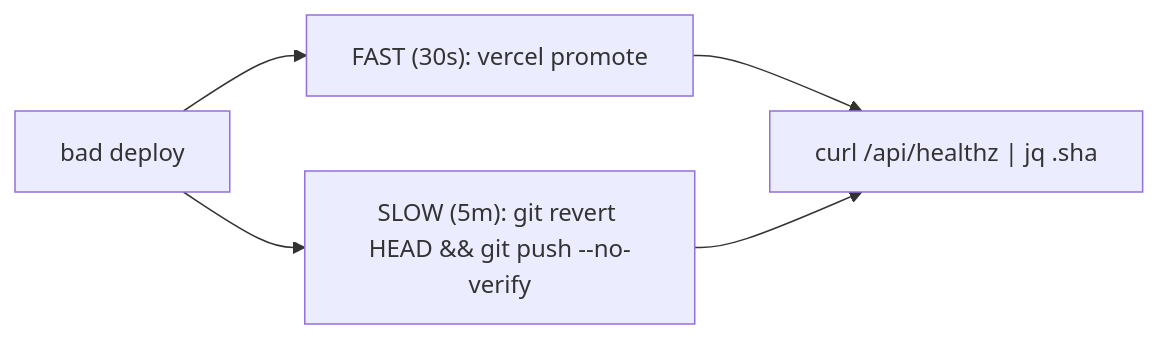
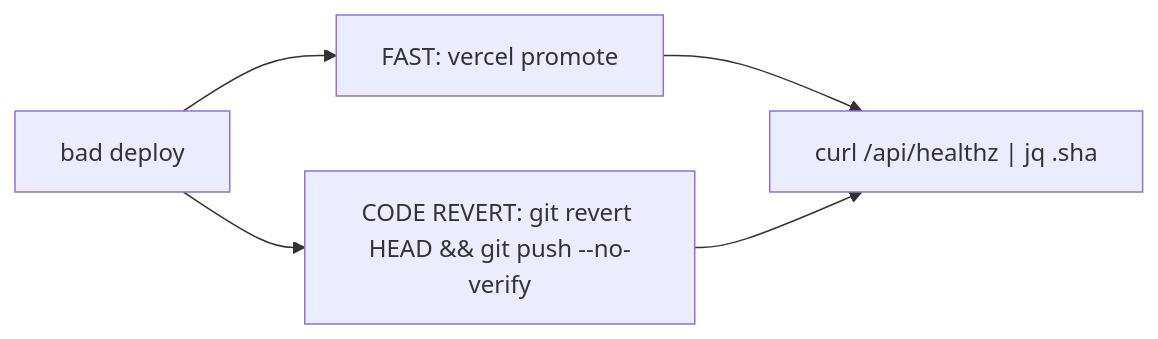
Before and after one commit to erikunha/portfolio: the second of 2 diagrams in docs/handbook/review-merge-release.md, drawn with Mermaid. The commit also changed other lines of this file and 1307 other files, not shown here.

````diff
--- a/docs/handbook/review-merge-release.md
+++ b/docs/handbook/review-merge-release.md
@@ -58,7 +66,7 @@
 ```mermaid
 flowchart LR
-    incident["bad deploy"] --> fast["FAST (30s): vercel promote <previous-url>"]
-    incident --> slow["SLOW (5m): git revert HEAD && git push --no-verify"]
+    incident["bad deploy"] --> fast["FAST: vercel promote <previous-url>"]
+    incident --> slow["CODE REVERT: git revert HEAD && git push --no-verify"]
     fast --> verify["curl /api/healthz | jq .sha"]
     slow --> verify
 ```
````
